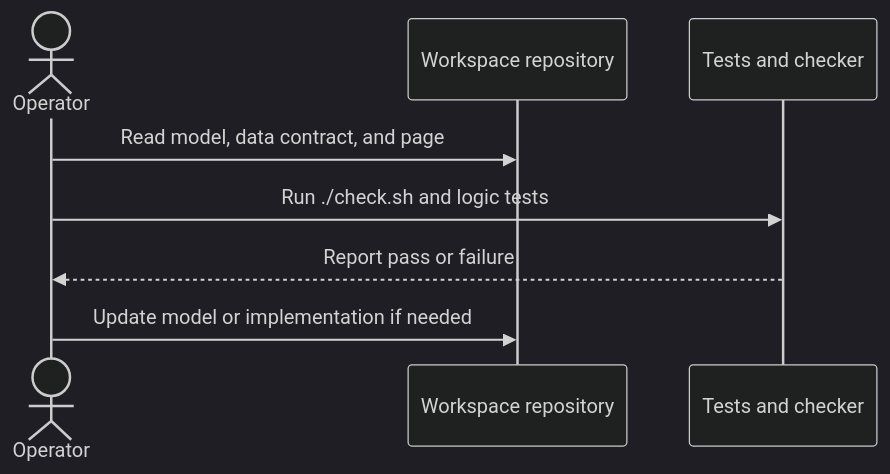
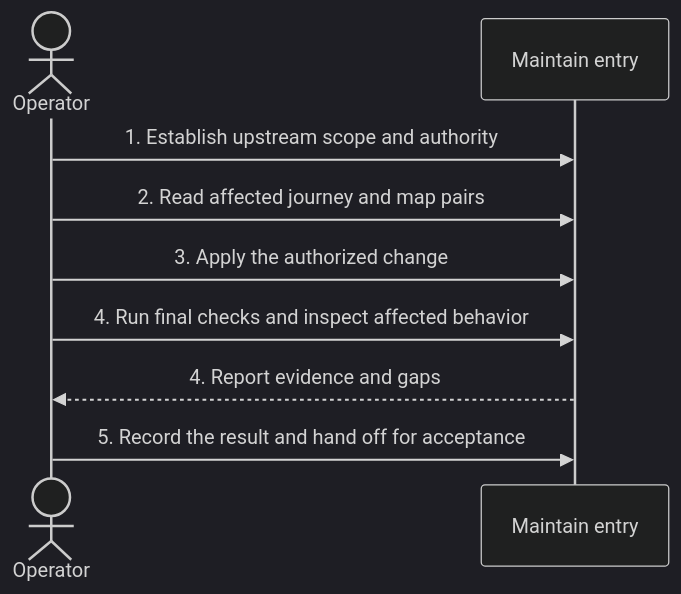
The diagram in journey/operator/0001-maintain-and-verify.md (lengthlong/exercise_arena), drawn with Mermaid (dark theme) before and after one commit. The commit also changed other lines of this file and 27 other files, not shown here.

````diff
--- a/journey/operator/0001-maintain-and-verify.md
+++ b/journey/operator/0001-maintain-and-verify.md
@@ -8,10 +8,11 @@
 ```mermaid
 sequenceDiagram
     actor O as Operator
-    participant R as Workspace repository
-    participant T as Tests and checker
-    O->>R: Read model, data contract, and page
-    O->>T: Run ./check.sh and logic tests
-    T-->>O: Report pass or failure
-    O->>R: Update model or implementation if needed
+    participant M as Maintain entry
+    O->>M: 1. Establish upstream scope and authority
+    O->>M: 2. Read affected journey and map pairs
+    O->>M: 3. Apply the authorized change
+    O->>M: 4. Run final checks and inspect affected behavior
+    M-->>O: 4. Report evidence and gaps
+    O->>M: 5. Record the result and hand off for acceptance
 ```
````
